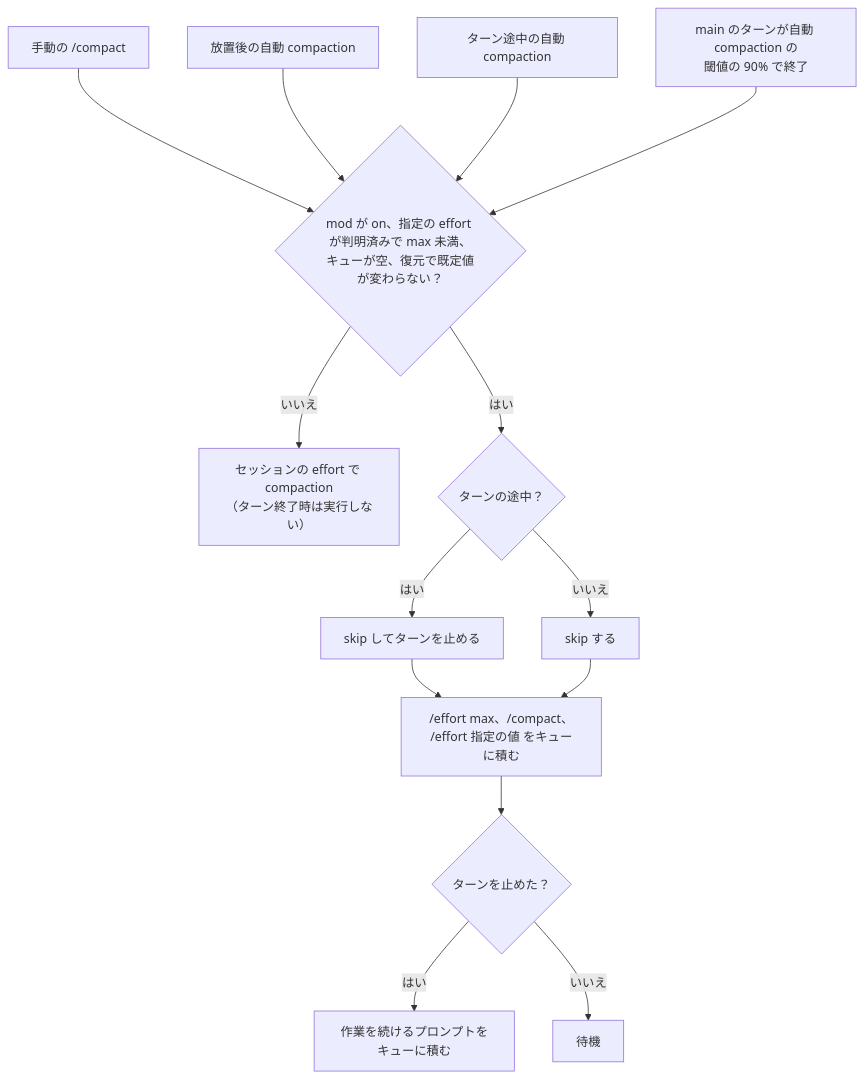
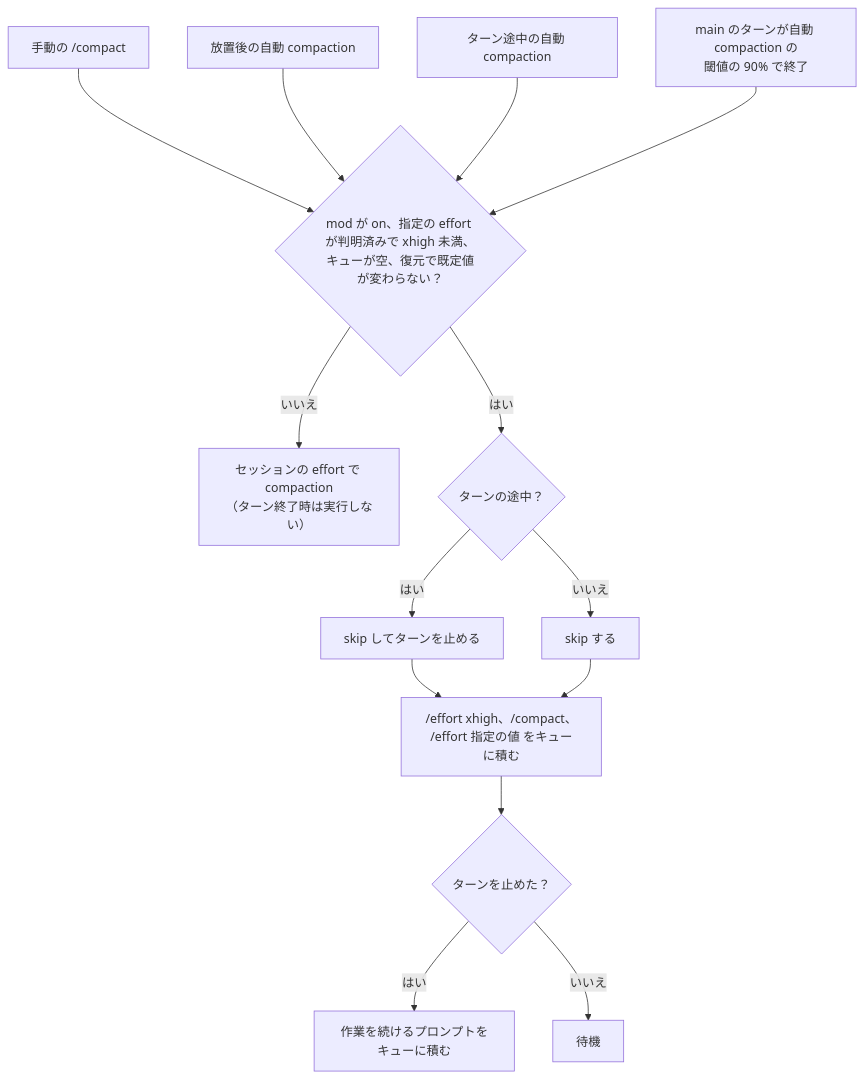
The diagram in tools/claude-dynamic-effort/README-ja.md (kkkaoru/dotfiles), drawn with Mermaid before and after one commit. The commit also changed other lines of this file and 5 other files, not shown here.

First line of the commit message:
feat(claude-dynamic-effort): compact at xhigh instead of max

````diff
--- a/tools/claude-dynamic-effort/README-ja.md
+++ b/tools/claude-dynamic-effort/README-ja.md
@@ -25,18 +25,18 @@
 ```mermaid
 flowchart TD
   manual["手動の /compact"] --> gate
   idle["放置後の自動 compaction"] --> gate
   inturn["ターン途中の自動 compaction"] --> gate
   turnend["main のターンが自動 compaction の<br/>閾値の 90% で終了"] --> gate
-  gate{"mod が on、指定の effort が判明済みで max 未満、<br/>キューが空、復元で既定値が変わらない？"}
+  gate{"mod が on、指定の effort が判明済みで xhigh 未満、<br/>キューが空、復元で既定値が変わらない？"}
   gate -- いいえ --> plain["セッションの effort で compaction<br/>（ターン終了時は実行しない）"]
   gate -- はい --> stop{"ターンの途中？"}
   stop -- はい --> abort["skip してターンを止める"]
   stop -- いいえ --> skip["skip する"]
   abort --> queue
   skip --> queue
-  queue["/effort max、/compact、<br/>/effort 指定の値 をキューに積む"]
+  queue["/effort xhigh、/compact、<br/>/effort 指定の値 をキューに積む"]
   queue --> resume{"ターンを止めた？"}
   resume -- はい --> prompt["作業を続けるプロンプトをキューに積む"]
   resume -- いいえ --> done["待機"]
 ```
````
